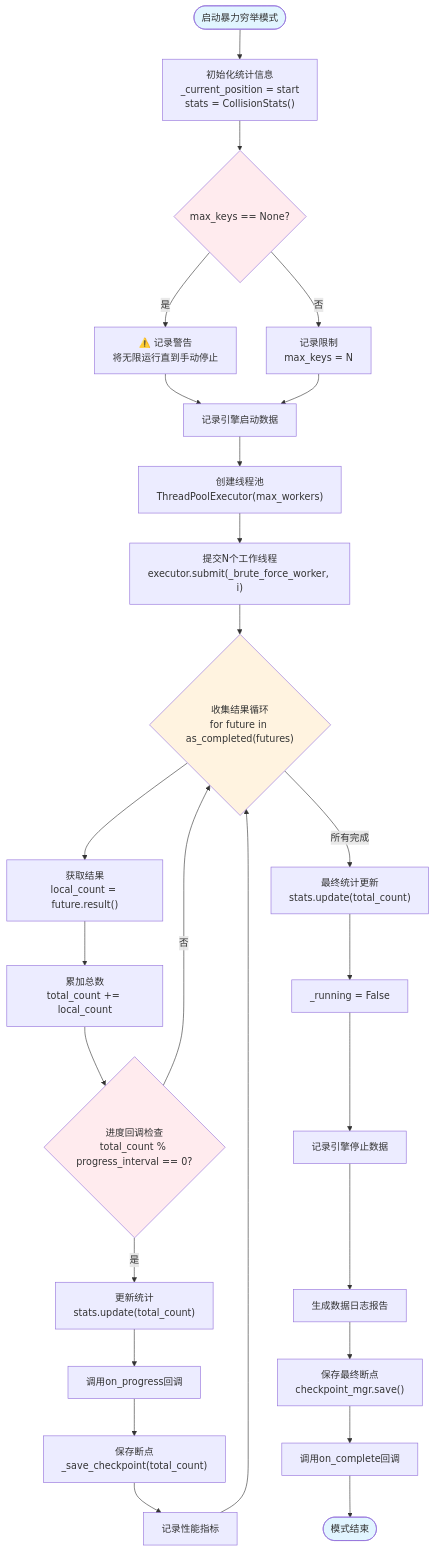
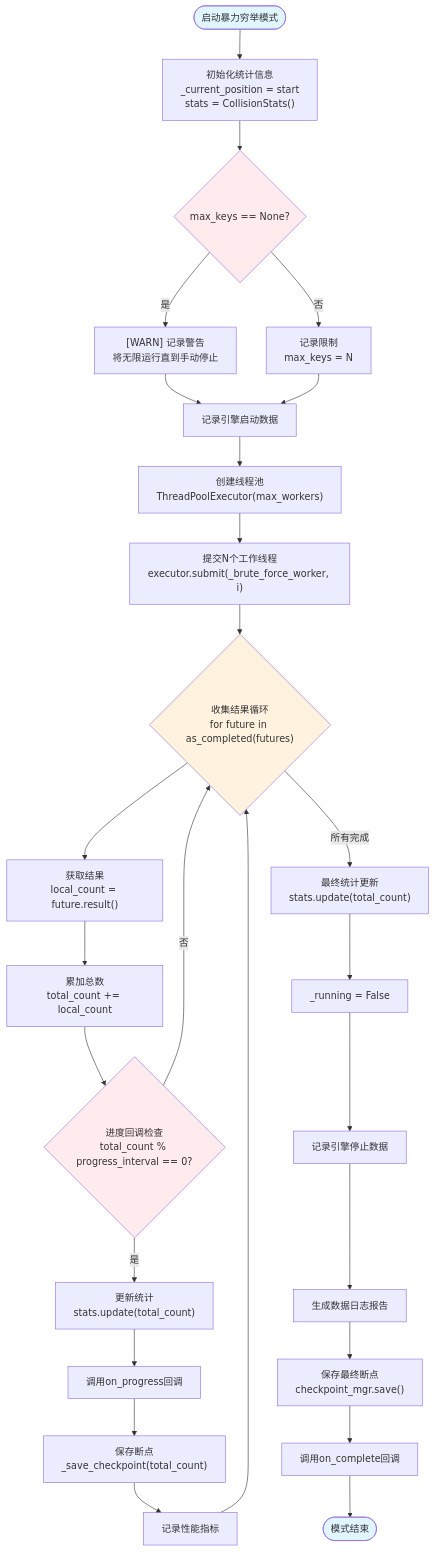
One commit to Pengkang-OP/btc-collision-engine changed the fifth of 19 diagrams in docs/archive/implementation-reports/BTC碰撞引擎核心业务流程图.md. Above: the diagram before and after it, drawn with Mermaid. The commit also changed other lines of this file and 624 other files, not shown here.

````diff
--- a/docs/archive/implementation-reports/BTC碰撞引擎核心业务流程图.md
+++ b/docs/archive/implementation-reports/BTC碰撞引擎核心业务流程图.md
@@ -357,58 +357,58 @@
 ```mermaid
 flowchart TD
     Start(["启动暴力穷举模式"]) --> Init["初始化统计信息<br/>_current_position = start<br/>stats = CollisionStats()"]
     
     Init --> CheckMaxKeys{"max_keys == None?"}
     
-    CheckMaxKeys -->|是| LogWarning["⚠️ 记录警告<br/>将无限运行直到手动停止"]
+    CheckMaxKeys -->|是| LogWarning["[WARN] 记录警告<br/>将无限运行直到手动停止"]
     
     CheckMaxKeys -->|否| LogLimit["记录限制<br/>max_keys = N"]
     
     LogWarning --> LogStart["记录引擎启动数据"]
     
     LogLimit --> LogStart
     
     LogStart --> CreatePool["创建线程池<br/>ThreadPoolExecutor(max_workers)"]
     
     CreatePool --> SubmitWorkers["提交N个工作线程<br/>executor.submit(_brute_force_worker, i)"]
     
     SubmitWorkers --> CollectLoop{"收集结果循环<br/>for future in as_completed(futures)"}
     
     CollectLoop --> GetResult["获取结果<br/>local_count = future.result()"]
     
     GetResult --> UpdateTotal["累加总数<br/>total_count += local_count"]
     
     UpdateTotal --> ProgressCheck{"进度回调检查<br/>total_count % progress_interval == 0?"}
     
     ProgressCheck -->|是| UpdateStats["更新统计<br/>stats.update(total_count)"]
     
     UpdateStats --> InvokeProgress["调用on_progress回调"]
     
     InvokeProgress --> SaveCheckpoint["保存断点<br/>_save_checkpoint(total_count)"]
     
     SaveCheckpoint --> LogMetrics["记录性能指标"]
     
     LogMetrics --> CollectLoop
     
     ProgressCheck -->|否| CollectLoop
     
     CollectLoop -->|所有完成| FinalUpdate["最终统计更新<br/>stats.update(total_count)"]
     
     FinalUpdate --> SetRunning["_running = False"]
     
     SetRunning --> LogStop["记录引擎停止数据"]
     
     LogStop --> GenerateReport["生成数据日志报告"]
     
     GenerateReport --> SaveFinalCheckpoint["保存最终断点<br/>checkpoint_mgr.save()"]
     
     SaveFinalCheckpoint --> InvokeComplete["调用on_complete回调"]
     
     InvokeComplete --> End(["模式结束"])
     
     style Start fill:#e1f5ff
     style End fill:#e1f5ff
     style CollectLoop fill:#fff3e0
     style ProgressCheck fill:#ffebee
     style CheckMaxKeys fill:#ffebee
 ```
````
